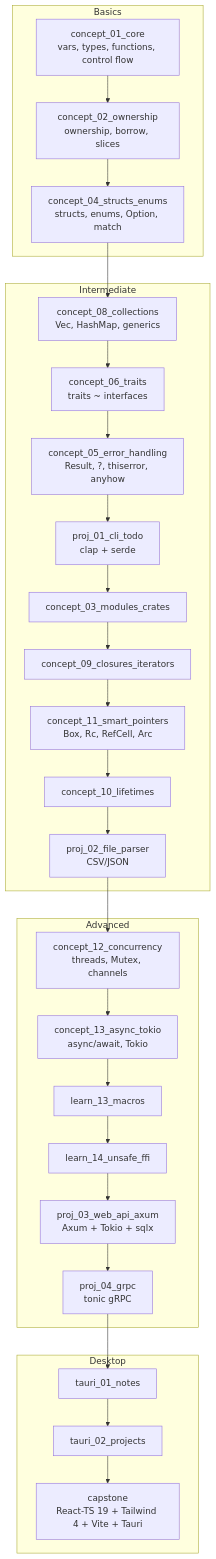
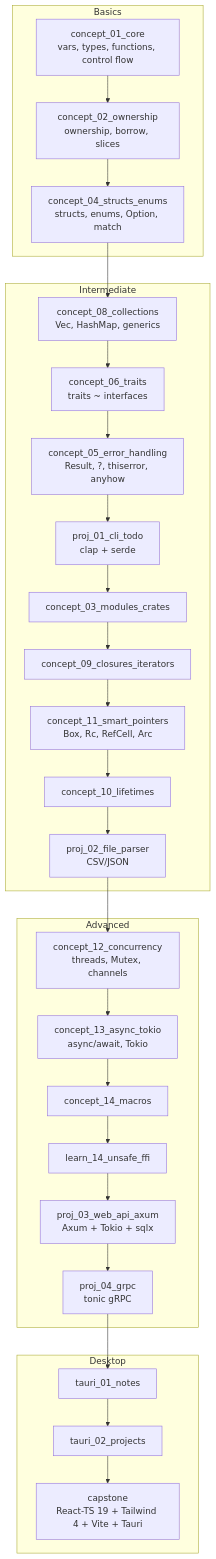
One commit to devravinder/learn-rust changed the diagram in README.md. Above: the diagram before and after it, drawn with Mermaid. The commit also changed 16 other files, not shown here.

````diff
--- a/README.md
+++ b/README.md
@@ -43,31 +43,31 @@
 ```mermaid
 graph TD
     subgraph Basics
         A[concept_01_core<br/>vars, types, functions, control flow] --> B[concept_02_ownership<br/>ownership, borrow, slices]
         B --> C[concept_04_structs_enums<br/>structs, enums, Option, match]
     end
     subgraph Intermediate
         C --> D[concept_08_collections<br/>Vec, HashMap, generics]
         D --> E[concept_06_traits<br/>traits ~ interfaces]
         E --> F[concept_05_error_handling<br/>Result, ?, thiserror, anyhow]
         F --> P1[proj_01_cli_todo<br/>clap + serde]
         P1 --> G[concept_03_modules_crates]
         G --> H[concept_09_closures_iterators]
         H --> I[concept_11_smart_pointers<br/>Box, Rc, RefCell, Arc]
         I --> J[concept_10_lifetimes]
         J --> P2[proj_02_file_parser<br/>CSV/JSON]
     end
     subgraph Advanced
         P2 --> K[concept_12_concurrency<br/>threads, Mutex, channels]
         K --> L[concept_13_async_tokio<br/>async/await, Tokio]
-        L --> M[learn_13_macros]
+        L --> M[concept_14_macros]
         M --> N[learn_14_unsafe_ffi]
         N --> P3[proj_03_web_api_axum<br/>Axum + Tokio + sqlx]
         P3 --> P4[proj_04_grpc<br/>tonic gRPC]
     end
     subgraph Desktop
         P4 --> T1[tauri_01_notes]
         T1 --> T2[tauri_02_projects]
         T2 --> CAP[capstone<br/>React-TS 19 + Tailwind 4 + Vite + Tauri]
     end
 ```
````
